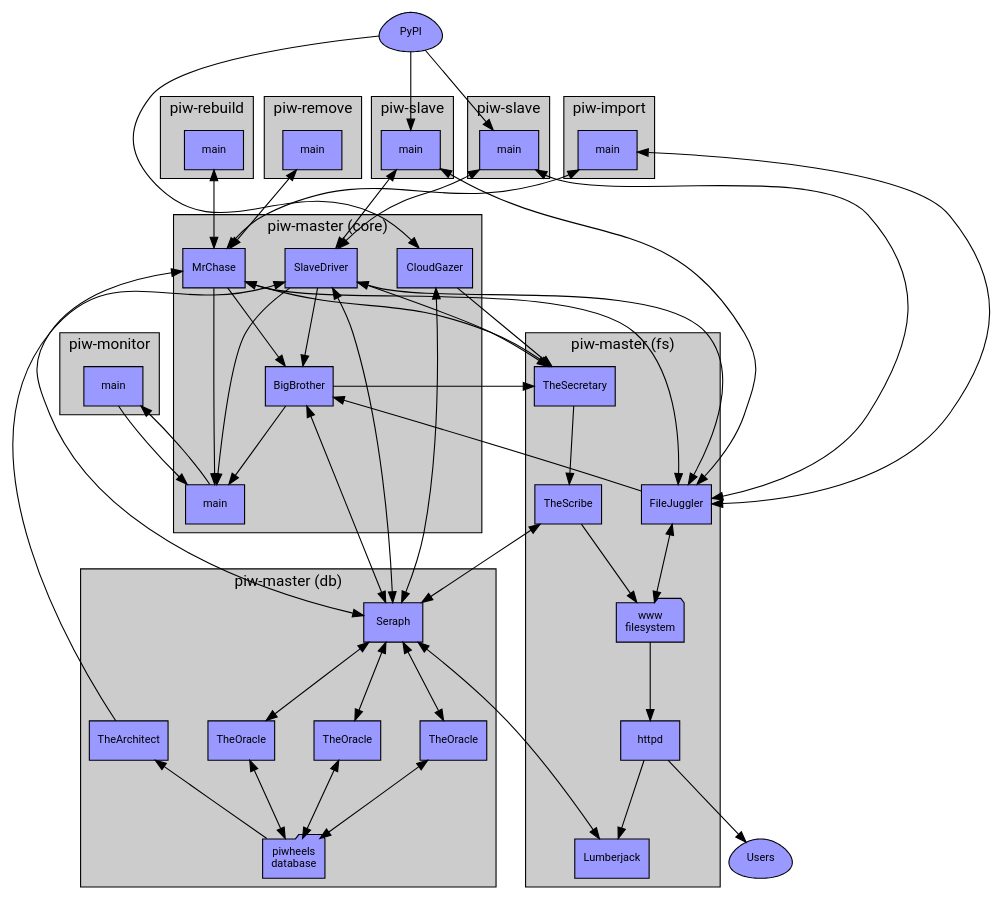
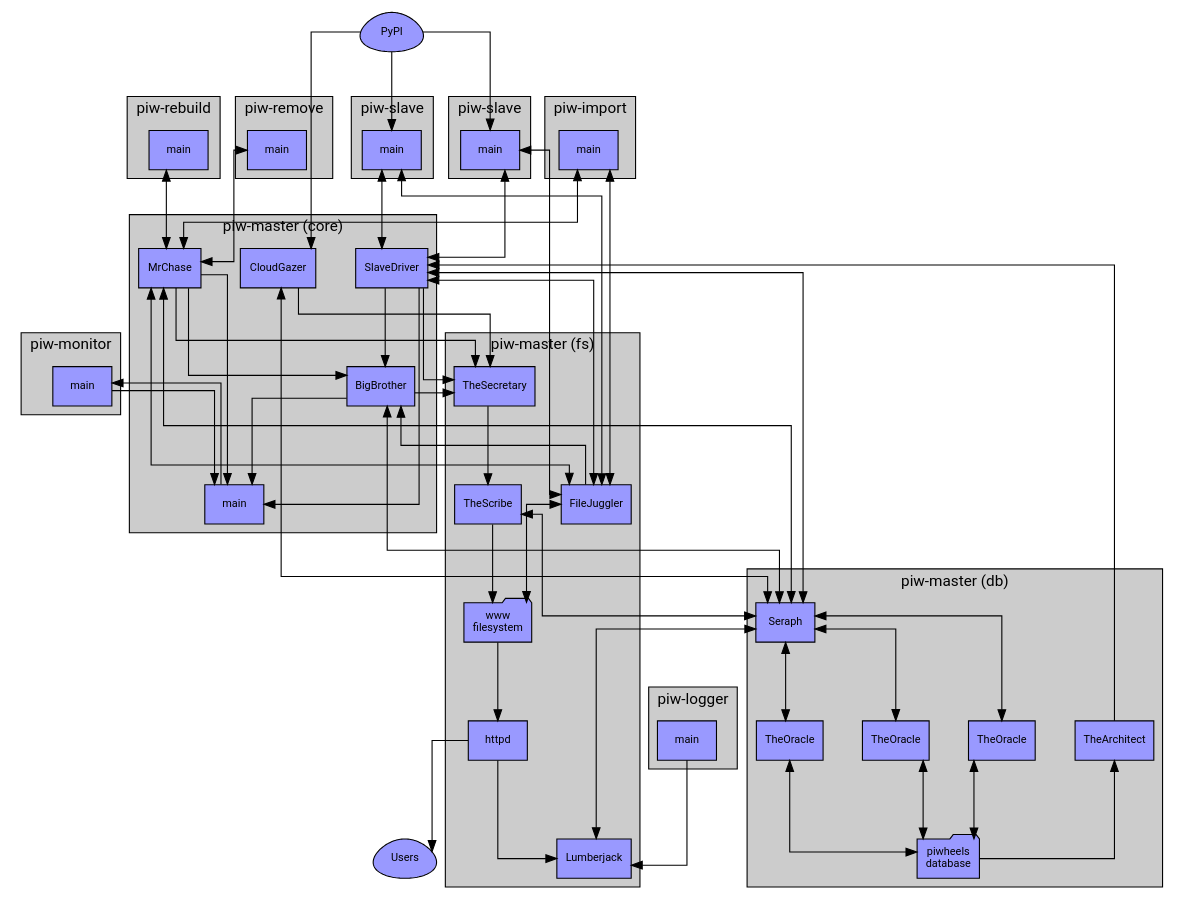
The diagram in docs/images/master_arch.dot (piwheels/piwheels), drawn with Graphviz before and after one commit. The commit also changed 5 other files, not shown here.

```diff
--- a/docs/images/master_arch.dot
+++ b/docs/images/master_arch.dot
@@ -1,121 +1,127 @@
 digraph piwheels {
-    graph [nodesep=0.5, ranksep=1, style=filled, fontname=Roboto, fontsize=14, fillcolor="#cccccc"];
+    graph [splines=ortho, nodesep=0.5, ranksep=1, style=filled, fontname=Roboto, fontsize=14, fillcolor="#cccccc"];
     node [shape=rect, fontname=Roboto, fontsize=10, style=filled, fillcolor="#9999ff", penwidth=1];
     edge [fontname=Sans, fontsize=8];
 
     PyPI [label="PyPI", shape=egg];
     Users [label="Users", shape=egg];
 
     subgraph cluster_db_server {
         graph [label="piw-master (db)"];
 
         TheOracle1 [label="TheOracle"];
         TheOracle2 [label="TheOracle"];
         TheOracle3 [label="TheOracle"];
         TheArchitect;
         Seraph;
         db [label="piwheels\ndatabase", shape=folder];
 
         Seraph->TheOracle1 [dir=both];
         Seraph->TheOracle2 [dir=both];
         Seraph->TheOracle3 [dir=both];
         TheOracle1->db [dir=both];
         TheOracle2->db [dir=both];
         TheOracle3->db [dir=both];
         TheArchitect->db [dir=back];
     }
 
     subgraph cluster_file_server {
         graph [label="piw-master (fs)"];
 
         TheSecretary;
         TheScribe;
         FileJuggler;
         Lumberjack;
         fs [label="www\nfilesystem", shape=folder];
         httpd;
 
         TheSecretary->TheScribe;
         TheScribe->fs;
         FileJuggler->fs [dir=both];
         fs->httpd;
         httpd->Lumberjack;
     }
 
     subgraph cluster_master {
         graph [label="piw-master (core)"];
 
         CloudGazer;
         main;
         MrChase;
         SlaveDriver;
         BigBrother;
 
         BigBrother->main;
         SlaveDriver->main;
         MrChase->main;
         MrChase->TheSecretary;
     }
 
     subgraph cluster_monitor {
         graph [label="piw-monitor"];
         monitor [label="main"];
     }
 
     subgraph cluster_slave1 {
         graph [label="piw-slave"];
         Slave1 [label="main"];
     }
 
     subgraph cluster_slave2 {
         graph [label="piw-slave"];
         Slave2 [label="main"];
     }
 
     subgraph cluster_import {
         graph [label="piw-import"];
         Importer [label="main"];
     }
 
     subgraph cluster_rebuild {
         graph [label="piw-rebuild"];
         Rebuild [label="main"];
     }
 
     subgraph cluster_remove {
         graph [label="piw-remove"];
         Remove [label="main"];
     }
 
+    subgraph cluster_logger {
+        graph [label="piw-logger"];
+        Logger [label="main"];
+    }
+
 
     PyPI->CloudGazer;
     PyPI->Slave1;
     PyPI->Slave2;
     Slave1->SlaveDriver [dir=both];
     Slave2->SlaveDriver [dir=both];
     Slave1->FileJuggler [dir=both];
     Slave2->FileJuggler [dir=both];
     Importer->MrChase [dir=both];
     Importer->FileJuggler [dir=both];
     Rebuild->MrChase [dir=both];
     Remove->MrChase [dir=both];
+    Logger->Lumberjack;
     main->monitor;
     monitor->main;
 
     CloudGazer->Seraph [dir=both];
     CloudGazer->TheSecretary;
     BigBrother->TheSecretary;
     SlaveDriver->TheSecretary;
     SlaveDriver->BigBrother;
     FileJuggler->BigBrother;
     TheScribe->Seraph [dir=both];
     BigBrother->Seraph [dir=both];
     SlaveDriver->FileJuggler [dir=both];
     SlaveDriver->Seraph [dir=both];
     TheArchitect->SlaveDriver;
     MrChase->FileJuggler [dir=both];
     MrChase->Seraph [dir=both];
     MrChase->BigBrother;
     Lumberjack->Seraph [dir=both];
     httpd->Users;
 }
```
